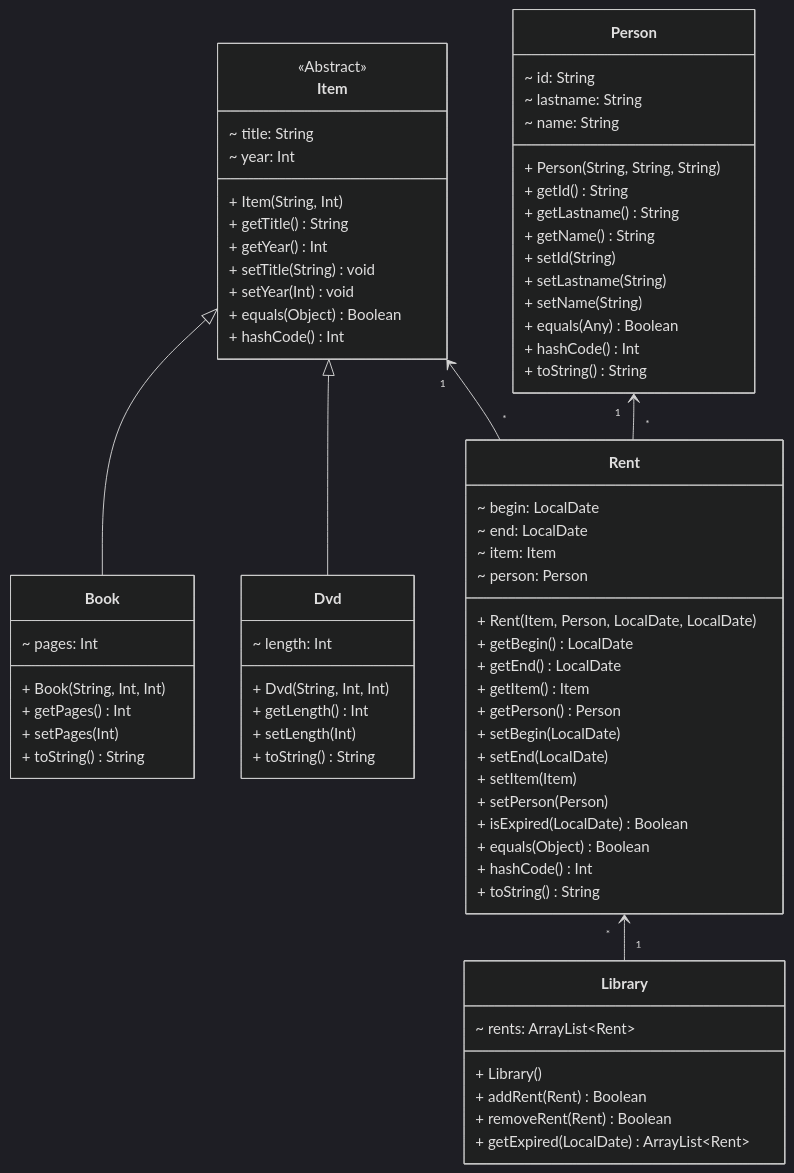
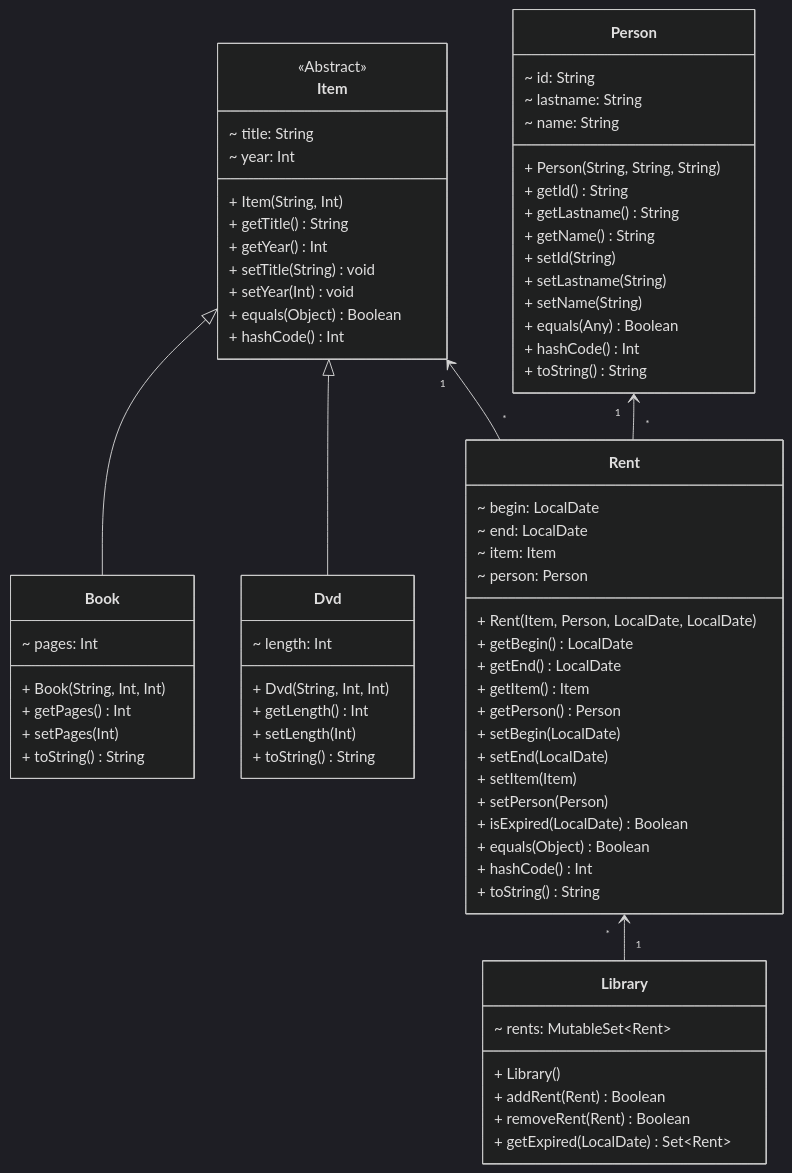
Before and after one commit to MatteV02/kotlin-core: diagram 13 of 13 in src/main/kotlin/com/MatteV02/exercises/oop/README.md, drawn with Mermaid (dark theme). The commit also changed 6 other files, not shown here.

````diff
--- a/src/main/kotlin/com/MatteV02/exercises/oop/README.md
+++ b/src/main/kotlin/com/MatteV02/exercises/oop/README.md
@@ -605,77 +605,77 @@
 ```mermaid
 classDiagram
     direction BT
     class Item {
         <<Abstract>>
         ~ title: String
         ~ year: Int
         + Item(String, Int)
         + getTitle() String
         + getYear() Int
         + setTitle(String) void
         + setYear(Int) void
         + equals(Object) Boolean
         + hashCode() Int
     }
     class Book {
         ~ pages: Int
         + Book(String, Int, Int)
         + getPages() Int
         + setPages(Int)
         + toString() String
     }
     class Dvd {
         ~ length: Int
         + Dvd(String, Int, Int)
         + getLength() Int
         + setLength(Int)
         + toString() String
     }
     class Person {
         ~ id: String
         ~ lastname: String
         ~ name: String
         + Person(String, String, String)
         + getId() String
         + getLastname() String
         + getName() String
         + setId(String)
         + setLastname(String)
         + setName(String)
         + equals(Any) Boolean
         + hashCode() Int
         + toString() String
     }
     class Rent {
         ~ begin: LocalDate
         ~ end: LocalDate
         ~ item: Item
         ~ person: Person
         + Rent(Item, Person, LocalDate, LocalDate)
         + getBegin() LocalDate
         + getEnd() LocalDate
         + getItem() Item
         + getPerson() Person
         + setBegin(LocalDate)
         + setEnd(LocalDate)
         + setItem(Item)
         + setPerson(Person)
         + isExpired(LocalDate) Boolean
         + equals(Object) Boolean
         + hashCode() Int
         + toString() String
     }
     class Library {
-        ~ rents: ArrayList~Rent~
+        ~ rents: MutableSet~Rent~
         + Library()
         + addRent(Rent) Boolean
         + removeRent(Rent) Boolean
-        + getExpired(LocalDate) ArrayList~Rent~
+        + getExpired(LocalDate) Set~Rent~
     }
 
     Book --|> Item
     Dvd --|> Item
     Rent "*" --> "1" Person
     Rent "*" --> "1" Item
     Library "1" --> "*" Rent
 ```
````
